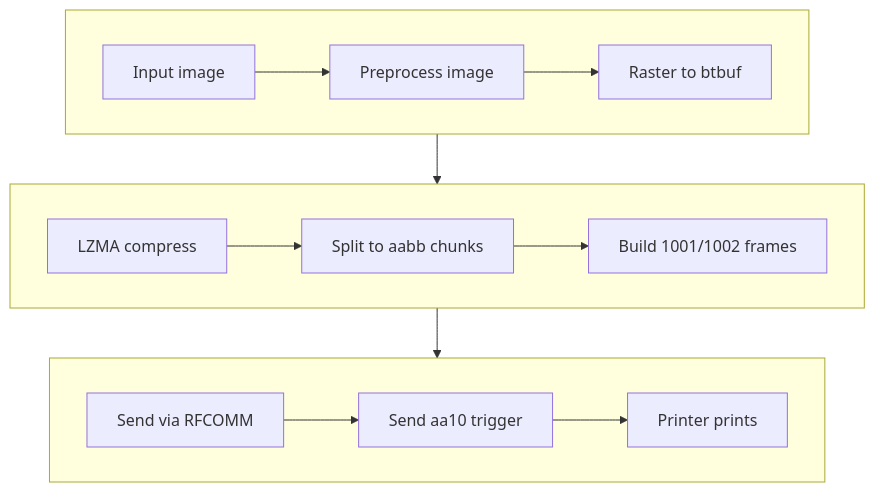
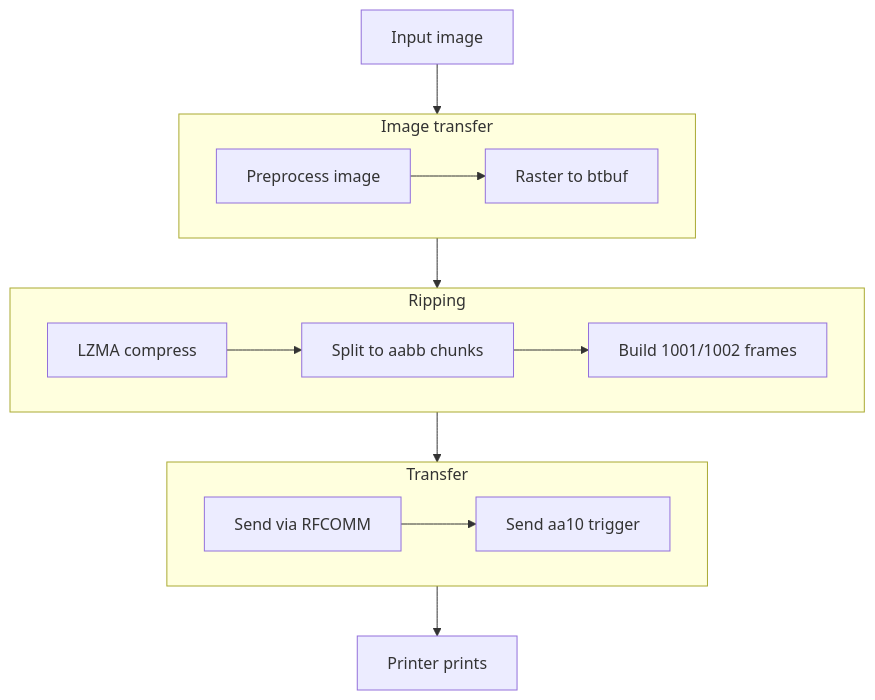
Before and after one commit to dasarne/tinythermal-rfcomm: the first of 2 diagrams in docs/PROTOCOL.md, drawn with Mermaid. The commit also changed other lines of this file, not shown here.

Commit message:
docs: group protocol flow into named phases

````diff
--- a/docs/PROTOCOL.md
+++ b/docs/PROTOCOL.md
@@ -52,18 +52,26 @@
 ```mermaid
 flowchart TB
-    subgraph R1[" "]
+    A["Input image"]
+
+    subgraph R1["Image transfer"]
         direction LR
-        A["Input image"] --> B["Preprocess image"] --> C["Raster to btbuf"]
+        B["Preprocess image"] --> C["Raster to btbuf"]
     end
-    subgraph R2[" "]
+
+    subgraph R2["Ripping"]
         direction LR
         D["LZMA compress"] --> E["Split to aabb chunks"] --> F["Build 1001/1002 frames"]
     end
-    subgraph R3[" "]
+
+    subgraph R3["Transfer"]
         direction LR
-        G["Send via RFCOMM"] --> H["Send aa10 trigger"] --> I["Printer prints"]
+        G["Send via RFCOMM"] --> H["Send aa10 trigger"]
     end
 
+    I["Printer prints"]
+
+    A --> B
     C --> D
     F --> G
+    H --> I
 ```
````
